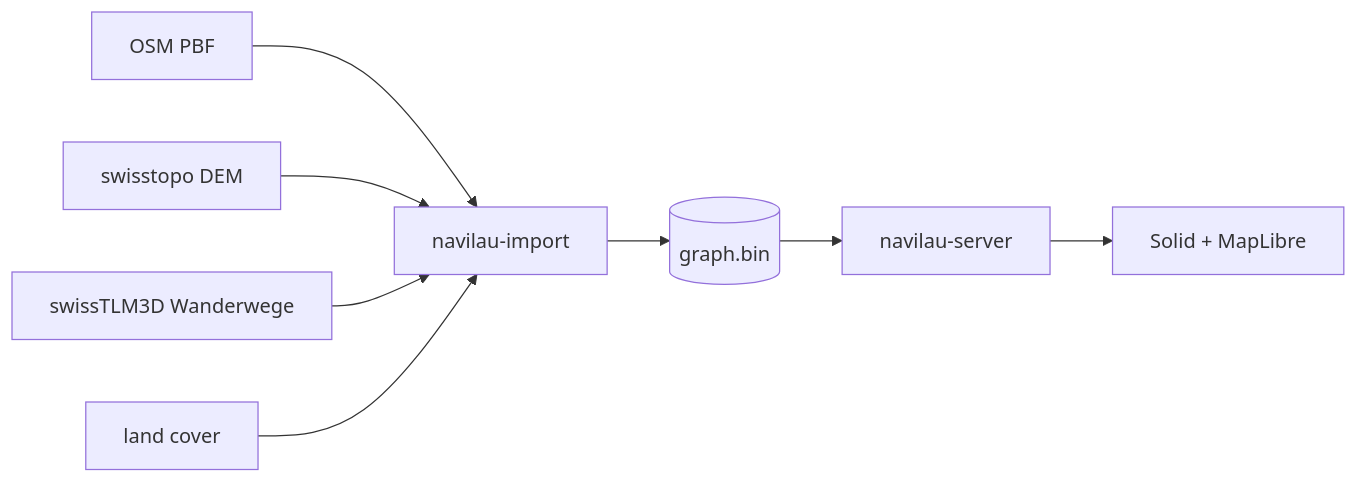
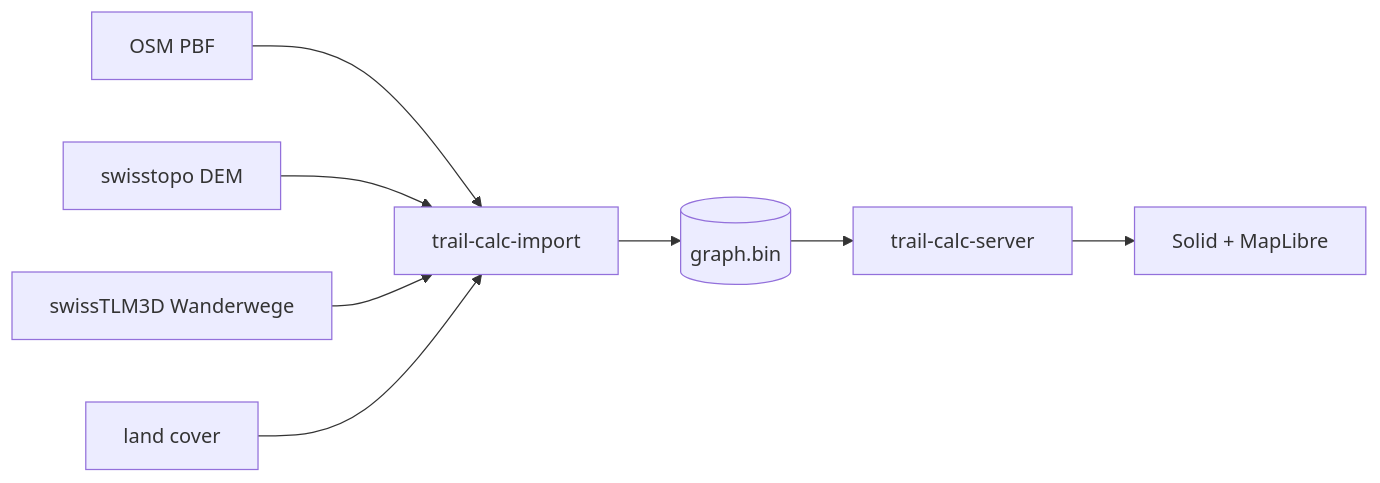
One commit to markbeep/ayoo-trail changed the diagram in docs/design.md. Above: the diagram before and after it, drawn with Mermaid. The commit also changed other lines of this file and 35 other files, not shown here.

Commit message:
chore: rename product to ayoo, internal name trail-calc; iOS: no input auto-zoom, no page pinch zoom (D65, D66)

````diff
--- a/docs/design.md
+++ b/docs/design.md
@@ -79,10 +79,10 @@
 ```mermaid
 flowchart LR
-  OSM[OSM PBF] --> IMP[navilau-import]
+  OSM[OSM PBF] --> IMP[trail-calc-import]
   DEM[swisstopo DEM] --> IMP
   OFF[swissTLM3D Wanderwege] --> IMP
   LC[land cover] --> IMP
   IMP --> GRAPH[(graph.bin)]
-  GRAPH --> SRV[navilau-server]
+  GRAPH --> SRV[trail-calc-server]
   SRV --> WEB[Solid + MapLibre]
 ```
````
